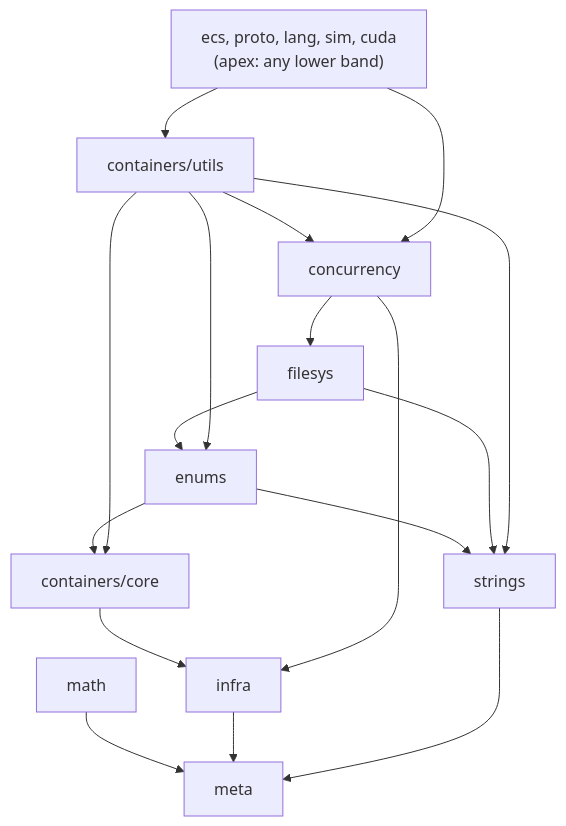
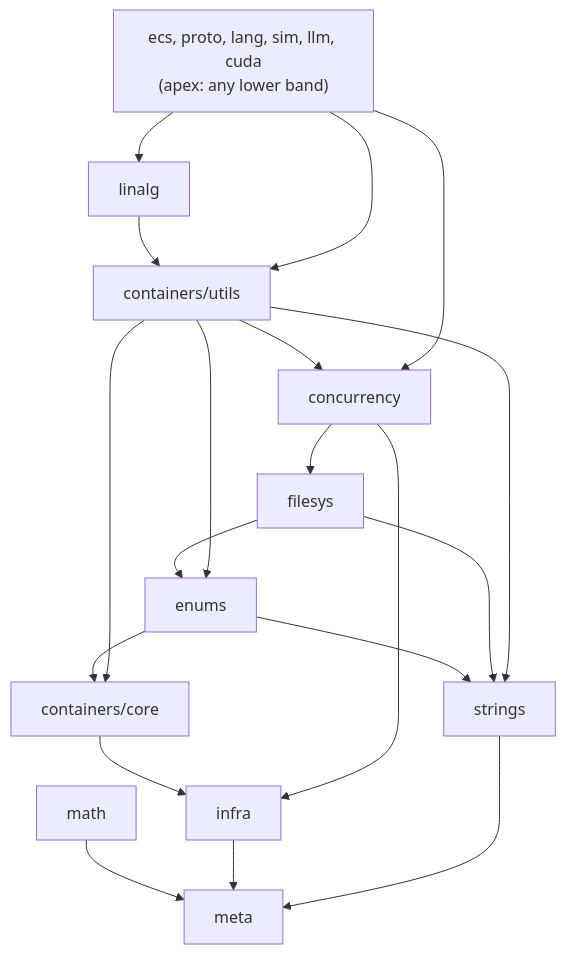
The diagram in corvid/deps.md (stevensudit/Corvid), drawn with Mermaid before and after one commit. The commit also changed other lines of this file and 26 other files, not shown here.

````diff
--- a/corvid/deps.md
+++ b/corvid/deps.md
@@ -135,30 +145,33 @@
 ```mermaid
 graph TD
     meta[meta]
     math[math]
     infra[infra]
     strings[strings]
     containers_core["containers/core"]
     enums[enums]
     filesys[filesys]
     concurrency[concurrency]
     containers_utils["containers/utils"]
-    apex["ecs, proto, lang, sim, cuda<br/>(apex: any lower band)"]
+    linalg[linalg]
+    apex["ecs, proto, lang, sim, llm, cuda<br/>(apex: any lower band)"]
 
     math --> meta
     infra --> meta
     strings --> meta
     containers_core --> infra
     enums --> strings
     enums --> containers_core
     filesys --> strings
     filesys --> enums
     concurrency --> infra
     concurrency --> filesys
     containers_utils --> containers_core
     containers_utils --> strings
     containers_utils --> enums
     containers_utils --> concurrency
+    linalg --> containers_utils
+    apex --> linalg
     apex --> containers_utils
     apex --> concurrency
 ```
````
